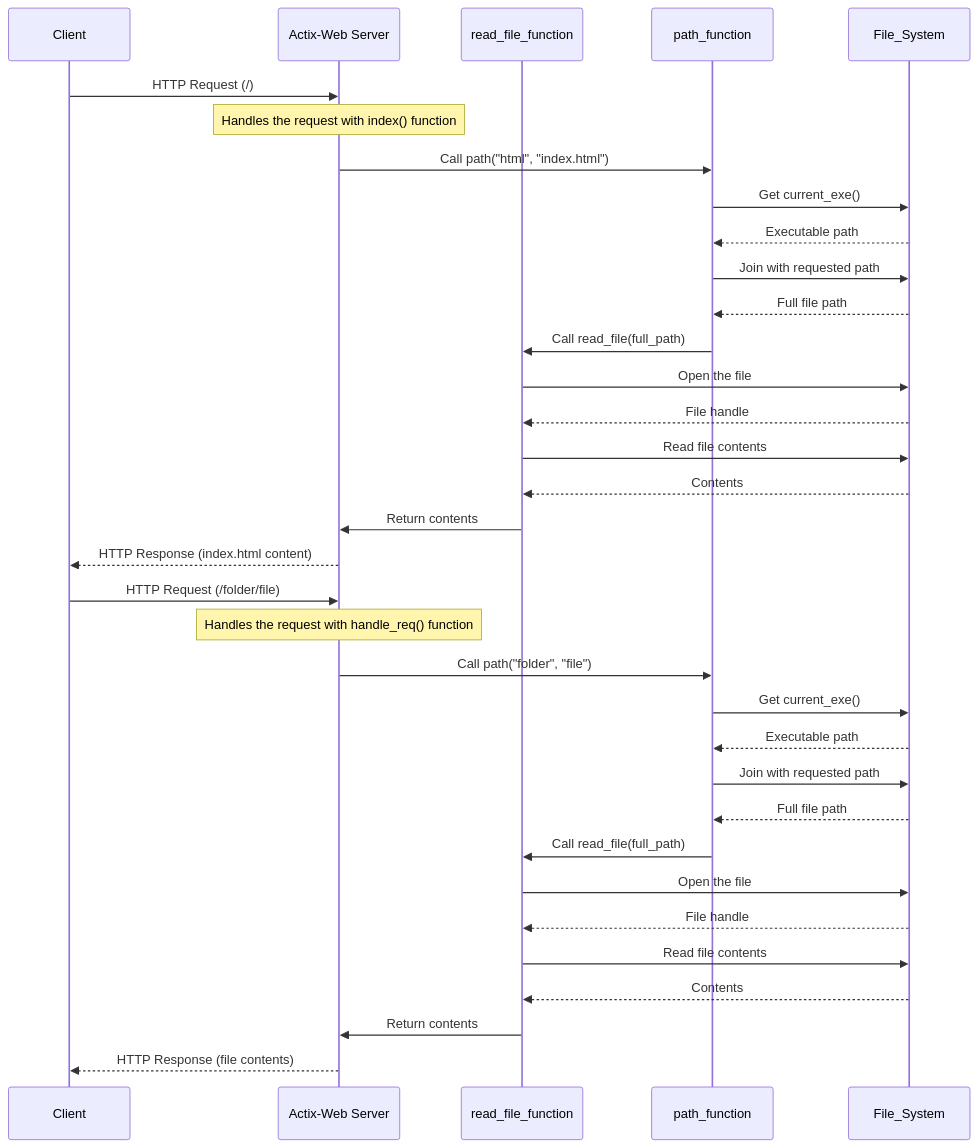
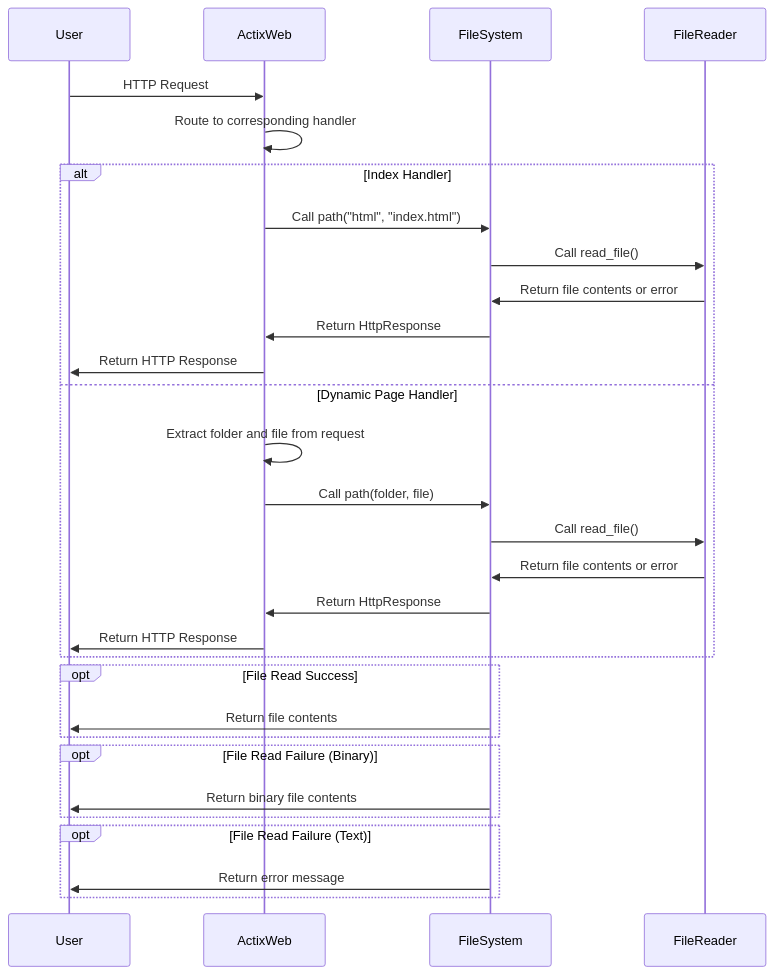
One commit to 3QNRpDwD/GJ_StampTour changed the diagram in grahp.md. Above: the diagram before and after it, drawn with Mermaid. The commit also changed 1 other file, not shown here.

Commit message:
4.5.5차 업데이트, 시퀀스 다이어그램 수정

````diff
--- a/grahp.md
+++ b/grahp.md
@@ -1,42 +1,33 @@
 ```mermaid
 sequenceDiagram
-    participant Client
-    participant Actix-Web Server
-    participant read_file_function
-    participant path_function
-    participant File_System
+    participant User
+    participant ActixWeb
+    participant FileSystem
+    participant FileReader
 
-    Client ->> Actix-Web Server: HTTP Request (/)
-    Note over Actix-Web Server: Handles the request with index() function
-
-    Actix-Web Server ->> path_function: Call path("html", "index.html")
-    path_function ->> File_System: Get current_exe()
-    File_System -->> path_function: Executable path
-    path_function ->> File_System: Join with requested path
-    File_System -->> path_function: Full file path
-    path_function ->> read_file_function: Call read_file(full_path)
-    read_file_function ->> File_System: Open the file
-    File_System -->> read_file_function: File handle
-    read_file_function ->> File_System: Read file contents
-    File_System -->> read_file_function: Contents
-    read_file_function ->> Actix-Web Server: Return contents
-
-    Actix-Web Server -->> Client: HTTP Response (index.html content)
-
-    Client ->> Actix-Web Server: HTTP Request (/folder/file)
-    Note over Actix-Web Server: Handles the request with handle_req() function
-
-    Actix-Web Server ->> path_function: Call path("folder", "file")
-    path_function ->> File_System: Get current_exe()
-    File_System -->> path_function: Executable path
-    path_function ->> File_System: Join with requested path
-    File_System -->> path_function: Full file path
-    path_function ->> read_file_function: Call read_file(full_path)
-    read_file_function ->> File_System: Open the file
-    File_System -->> read_file_function: File handle
-    read_file_function ->> File_System: Read file contents
-    File_System -->> read_file_function: Contents
-    read_file_function ->> Actix-Web Server: Return contents
-
-    Actix-Web Server -->> Client: HTTP Response (file contents)
+    User->>ActixWeb: HTTP Request
+    ActixWeb->>ActixWeb: Route to corresponding handler
+    alt Index Handler
+        ActixWeb->>FileSystem: Call path("html", "index.html")
+        FileSystem->>FileReader: Call read_file()
+        FileReader->>FileSystem: Return file contents or error
+        FileSystem->>ActixWeb: Return HttpResponse
+        ActixWeb->>User: Return HTTP Response
+    else Dynamic Page Handler
+        ActixWeb->>ActixWeb: Extract folder and file from request
+        ActixWeb->>FileSystem: Call path(folder, file)
+        FileSystem->>FileReader: Call read_file()
+        FileReader->>FileSystem: Return file contents or error
+        FileSystem->>ActixWeb: Return HttpResponse
+        ActixWeb->>User: Return HTTP Response
+    end
+    opt File Read Success
+        FileSystem->>User: Return file contents
+    end
+    opt File Read Failure (Binary)
+        FileSystem->>User: Return binary file contents
+    end
+    opt File Read Failure (Text)
+        FileSystem->>User: Return error message
+    end
 ```
````
